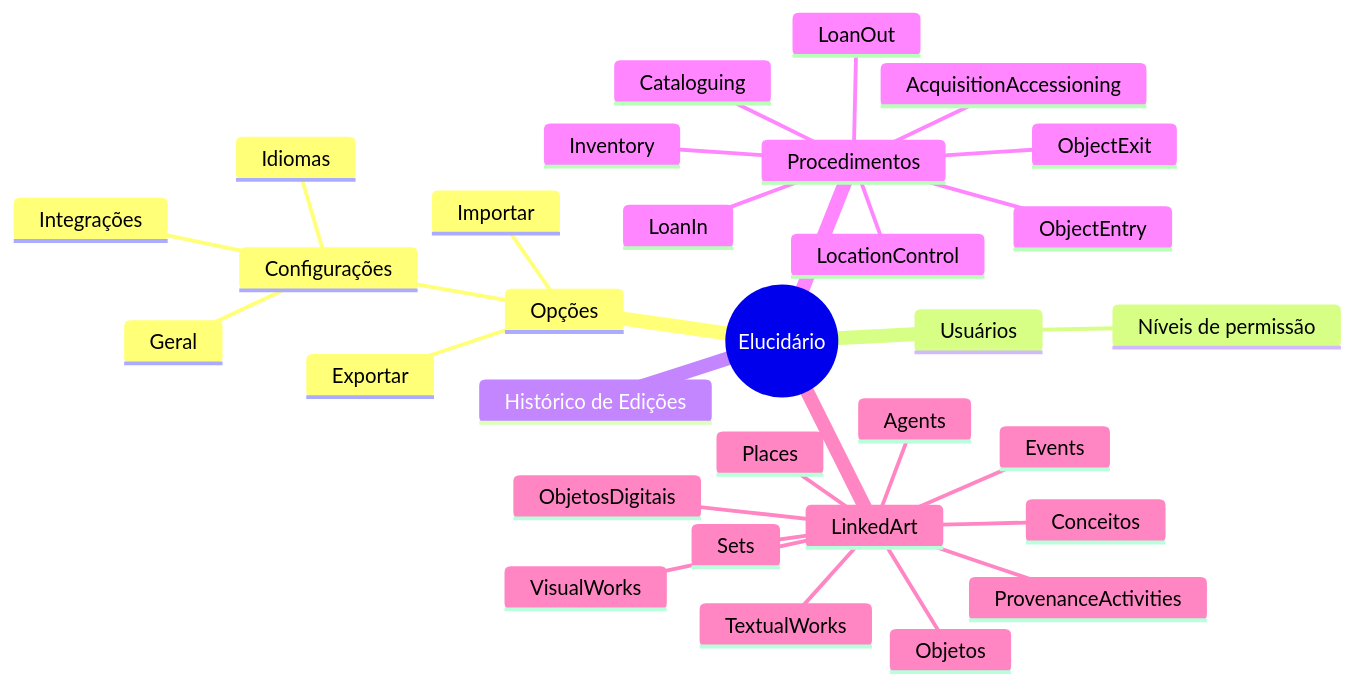
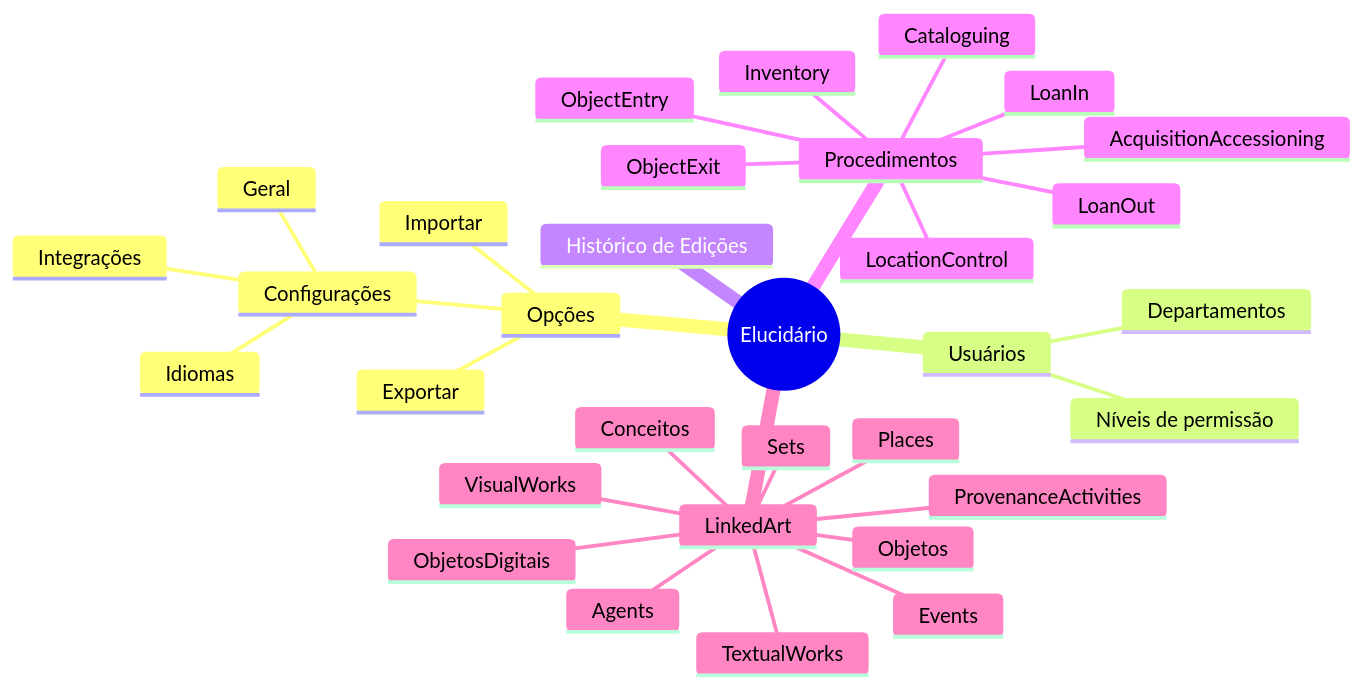
Before and after one commit to hgodinho/elucidario: the diagram in publications/dissertacao-mestrado/content/pt-br/elucidario/elucidario-mermaid.md, drawn with Mermaid. The commit also changed 2 other files, not shown here.

````diff
--- a/publications/dissertacao-mestrado/content/pt-br/elucidario/elucidario-mermaid.md
+++ b/publications/dissertacao-mestrado/content/pt-br/elucidario/elucidario-mermaid.md
@@ -1,35 +1,35 @@
 ```mermaid
     mindmap
         root((Elucidário))
             Opções
                 Importar
                 Exportar
                 Configurações
                     Geral
                     Idiomas
                     Integrações
             Usuários
+                Departamentos
                 Níveis de permissão
             Histórico de Edições
             Procedimentos
                 ObjectEntry
                 AcquisitionAccessioning
                 LocationControl
                 Inventory
                 Cataloguing
                 ObjectExit
                 LoanIn
                 LoanOut
             LinkedArt
                 Objetos
                 Conceitos
                 ObjetosDigitais
                 TextualWorks
                 VisualWorks
                 Agents
                 Places
                 Events
                 Sets
                 ProvenanceActivities
-
 ```
````
